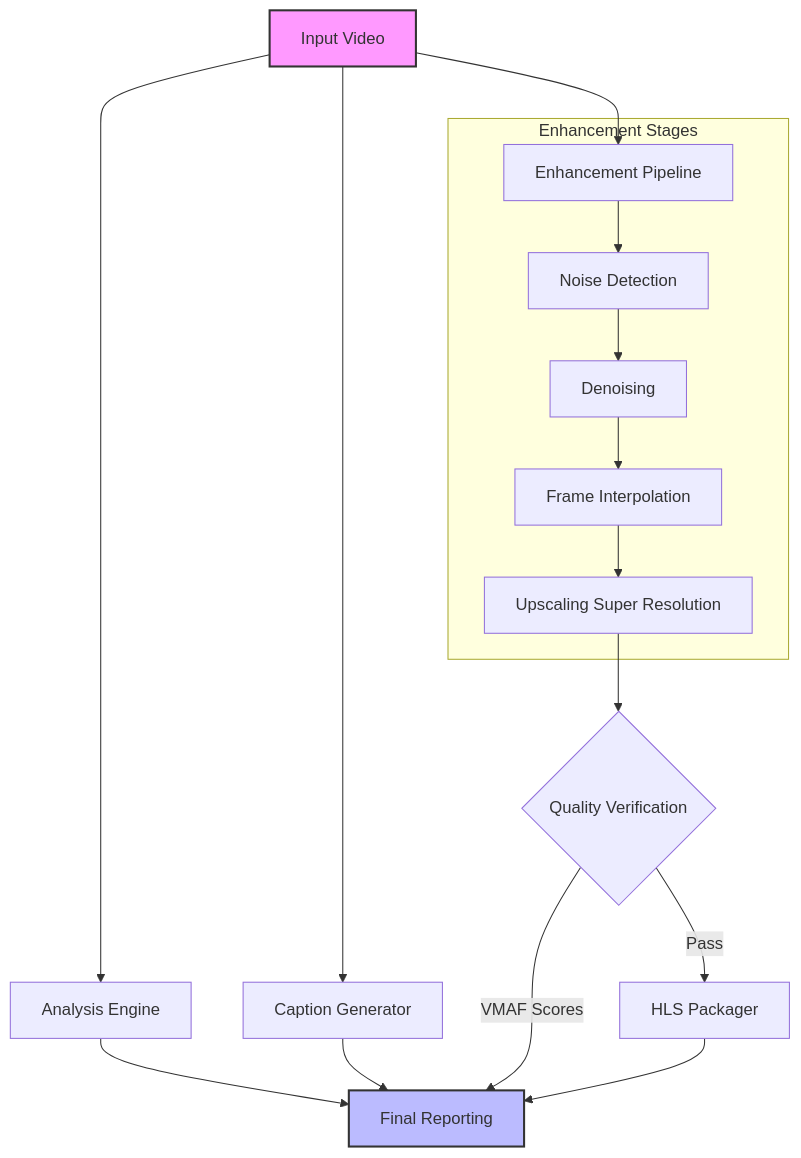
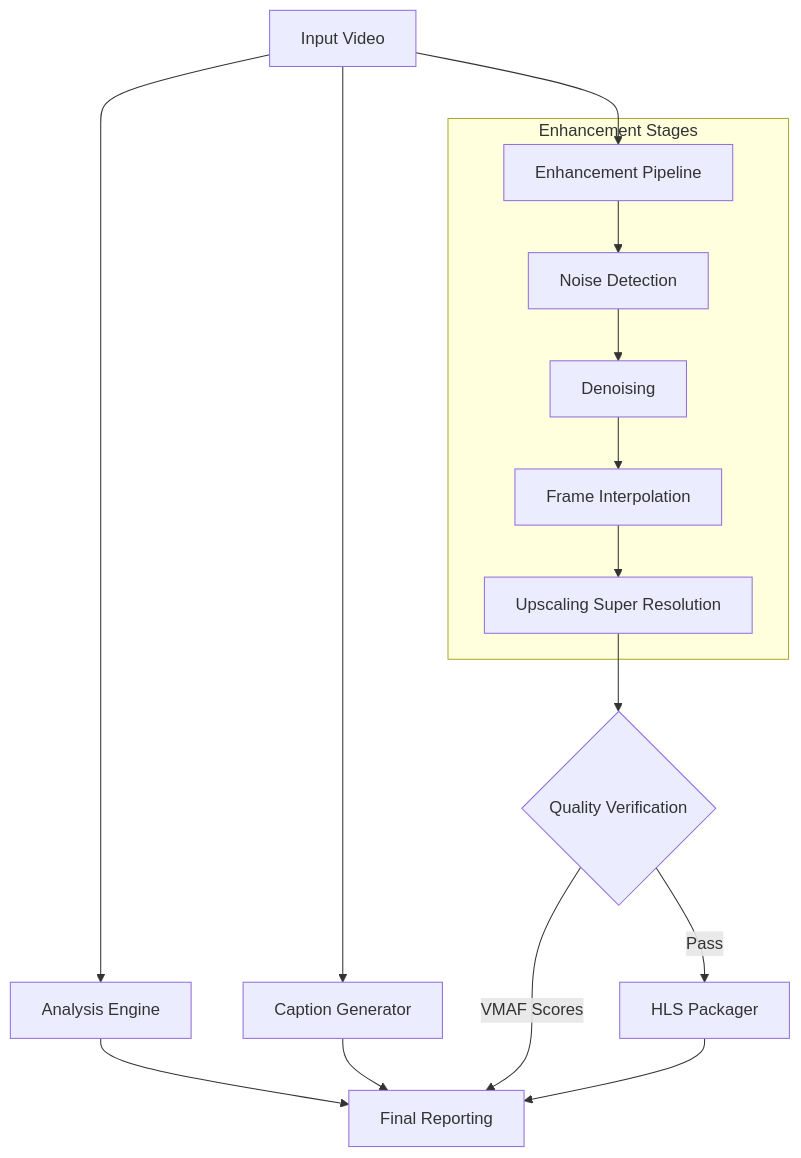
Before and after one commit to PranavViswanathan/Lucera: the diagram in README.md, drawn with Mermaid.

````diff
--- a/README.md
+++ b/README.md
@@ -9,24 +9,23 @@
 ```mermaid
 graph TD
     A[Input Video] --> B[Analysis Engine]
     A --> C[Caption Generator]
     A --> D[Enhancement Pipeline]
     
     subgraph "Enhancement Stages"
     D --> D1[Noise Detection]
     D1 --> D2[Denoising]
     D2 --> D3[Frame Interpolation]
     D3 --> D4[Upscaling Super Resolution]
     end
     
     D4 --> E{Quality Verification}
     E -->|Pass| F[HLS Packager]
     
     B --> G[Final Reporting]
     C --> G
     E -->|VMAF Scores| G
     F --> G
     
-    style A fill:#f9f,stroke:#333,stroke-width:2px
-    style G fill:#bbf,stroke:#333,stroke-width:2px
+    
 ```
````
